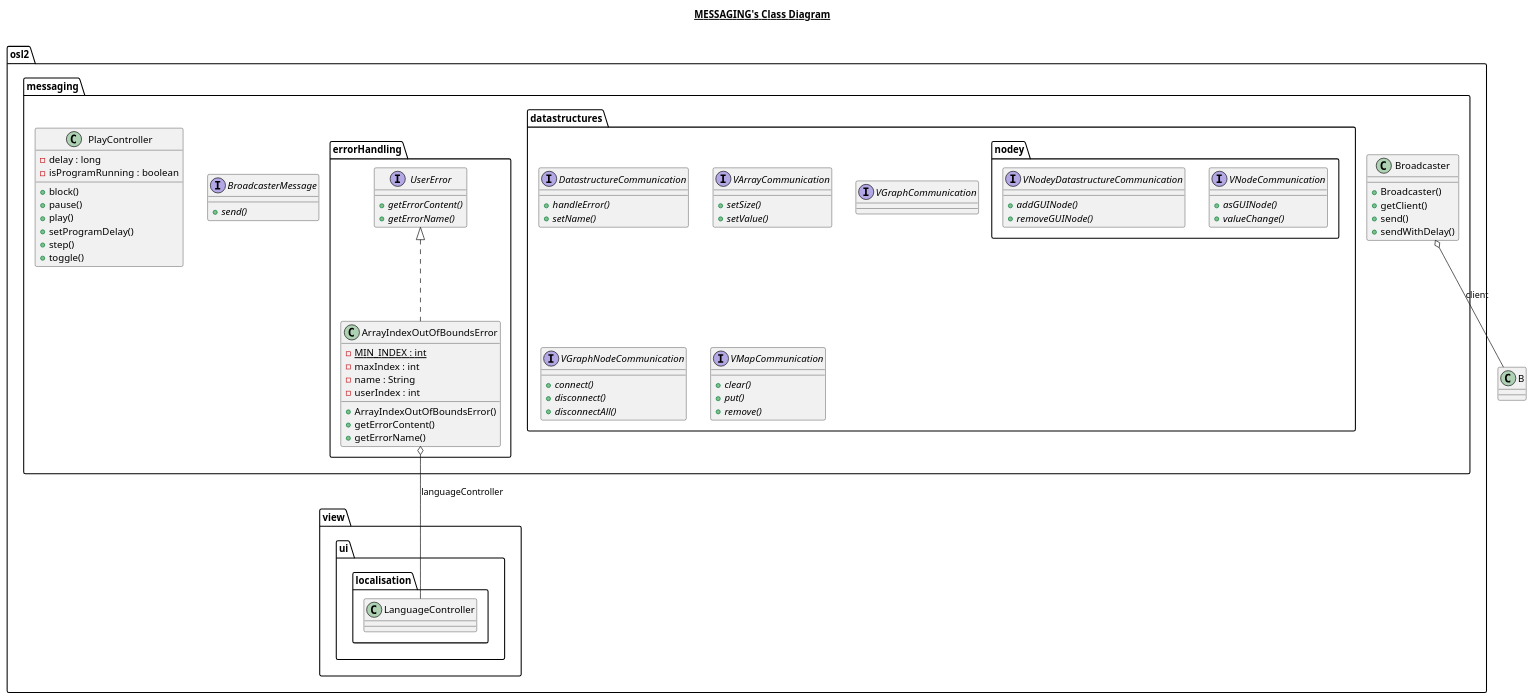
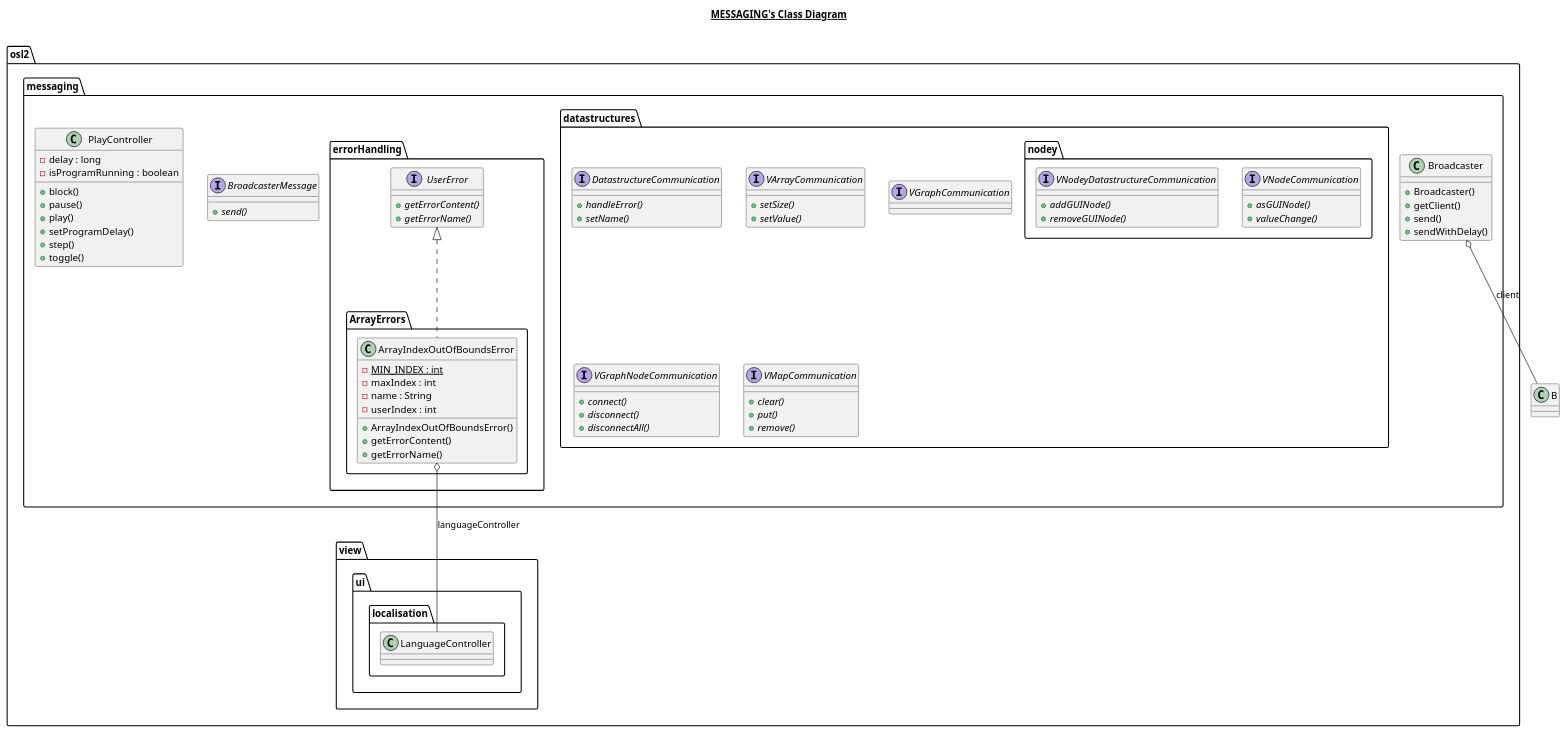
The diagram in diagrams/class_diagrams/messaging.plantuml (osl2/BlueJ-Chicago), drawn with PlantUML before and after one commit. The commit also changed 10 other files, not shown here.

```diff
--- a/diagrams/class_diagrams/messaging.plantuml
+++ b/diagrams/class_diagrams/messaging.plantuml
@@ -1,82 +1,82 @@
 @startuml
 
 title __MESSAGING's Class Diagram__\n
 
 namespace osl2 {
   namespace messaging {
     namespace datastructures {
           namespace nodey {
             interface osl2.messaging.datastructures.nodey.VNodeCommunication {
                 {abstract} + asGUINode()
                 {abstract} + valueChange()
             }
             interface osl2.messaging.datastructures.nodey.VNodeyDatastructureCommunication {
                 {abstract} + addGUINode()
                 {abstract} + removeGUINode()
             }
           }
       interface osl2.messaging.datastructures.DatastructureCommunication {
           {abstract} + handleError()
           {abstract} + setName()
       }
       interface osl2.messaging.datastructures.VArrayCommunication {
           {abstract} + setSize()
           {abstract} + setValue()
       }
       interface osl2.messaging.datastructures.VGraphCommunication {
       }
       interface osl2.messaging.datastructures.VGraphNodeCommunication {
           {abstract} + connect()
           {abstract} + disconnect()
           {abstract} + disconnectAll()
       }
       interface osl2.messaging.datastructures.VMapCommunication {
           {abstract} + clear()
           {abstract} + put()
           {abstract} + remove()
       }
     }
     namespace errorHandling {
-        class osl2.messaging.errorHandling.ArrayIndexOutOfBoundsError {
+        class osl2.messaging.errorHandling.ArrayErrors.ArrayIndexOutOfBoundsError {
             {static} - MIN_INDEX : int
             - maxIndex : int
             - name : String
             - userIndex : int
             + ArrayIndexOutOfBoundsError()
             + getErrorContent()
             + getErrorName()
         }
         interface osl2.messaging.errorHandling.UserError {
             {abstract} + getErrorContent()
             {abstract} + getErrorName()
         }
     }
     class osl2.messaging.Broadcaster {
         + Broadcaster()
         + getClient()
         + send()
         + sendWithDelay()
     }
     interface osl2.messaging.BroadcasterMessage {
         {abstract} + send()
     }
     class osl2.messaging.PlayController {
         - delay : long
         - isProgramRunning : boolean
         + block()
         + pause()
         + play()
         + setProgramDelay()
         + step()
         + toggle()
     }
   }
 }
 
 osl2.messaging.Broadcaster o-- B : client
 
-osl2.messaging.errorHandling.ArrayIndexOutOfBoundsError .up.|> osl2.messaging.errorHandling.UserError
-osl2.messaging.errorHandling.ArrayIndexOutOfBoundsError o-- osl2.view.ui.localisation.LanguageController : languageController
+osl2.messaging.errorHandling.ArrayErrors.ArrayIndexOutOfBoundsError .up.|> osl2.messaging.errorHandling.UserError
+osl2.messaging.errorHandling.ArrayErrors.ArrayIndexOutOfBoundsError o-- osl2.view.ui.localisation.LanguageController : languageController
 
 
 @enduml
```
